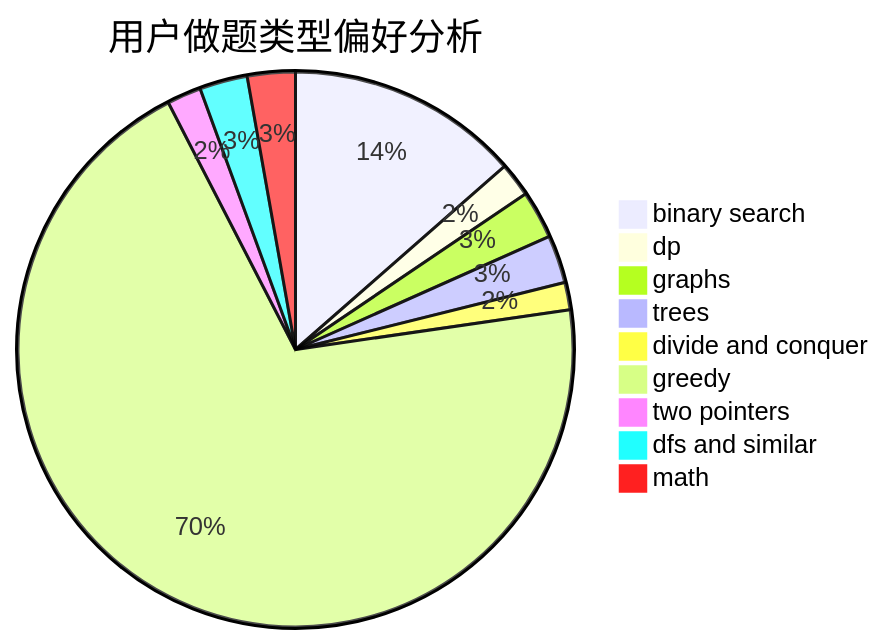
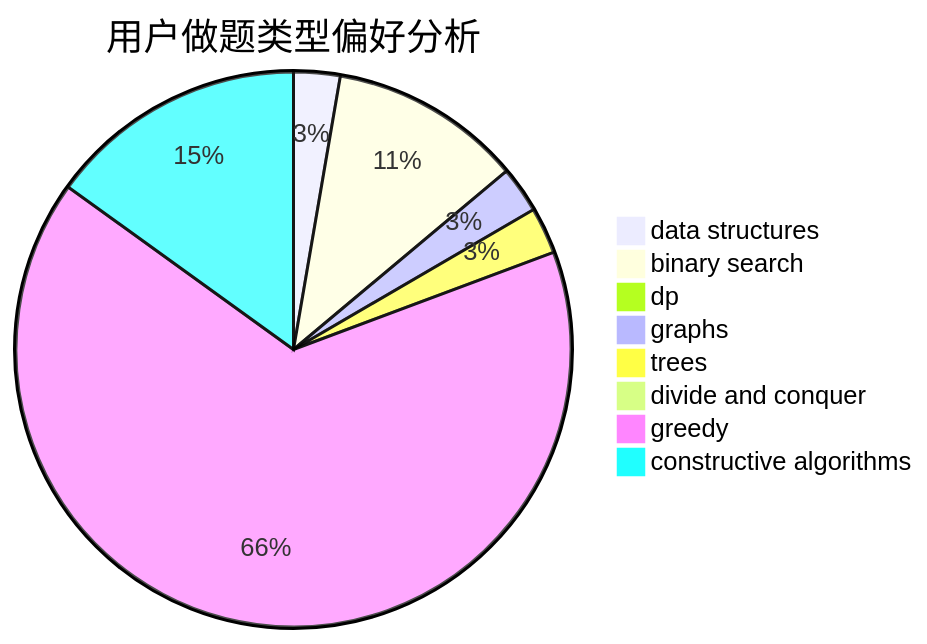
Before and after one commit to sherpahu/cfrs.github.io: the second of 3 diagrams in docs/user/u2599.md, drawn with Mermaid. The commit also changed other lines of this file and 2775 other files, not shown here.

````diff
--- a/docs/user/u2599.md
+++ b/docs/user/u2599.md
@@ -23,12 +23,11 @@
 ```mermaid
 pie title 用户做题类型偏好分析
-    "binary search" :  34
-    "dp" :  5
+    "data structures" :  7
+    "binary search" :  29
+    "dp" :  0
     "graphs" :  7
     "trees" :  7
-    "divide and conquer" :  4
-    "greedy" :  175
-    "two pointers" :  5
-    "dfs and similar" :  7
-    "math" :  7
+    "divide and conquer" :  0
+    "greedy" :  170
+    "constructive algorithms" :  39
 ```
````
